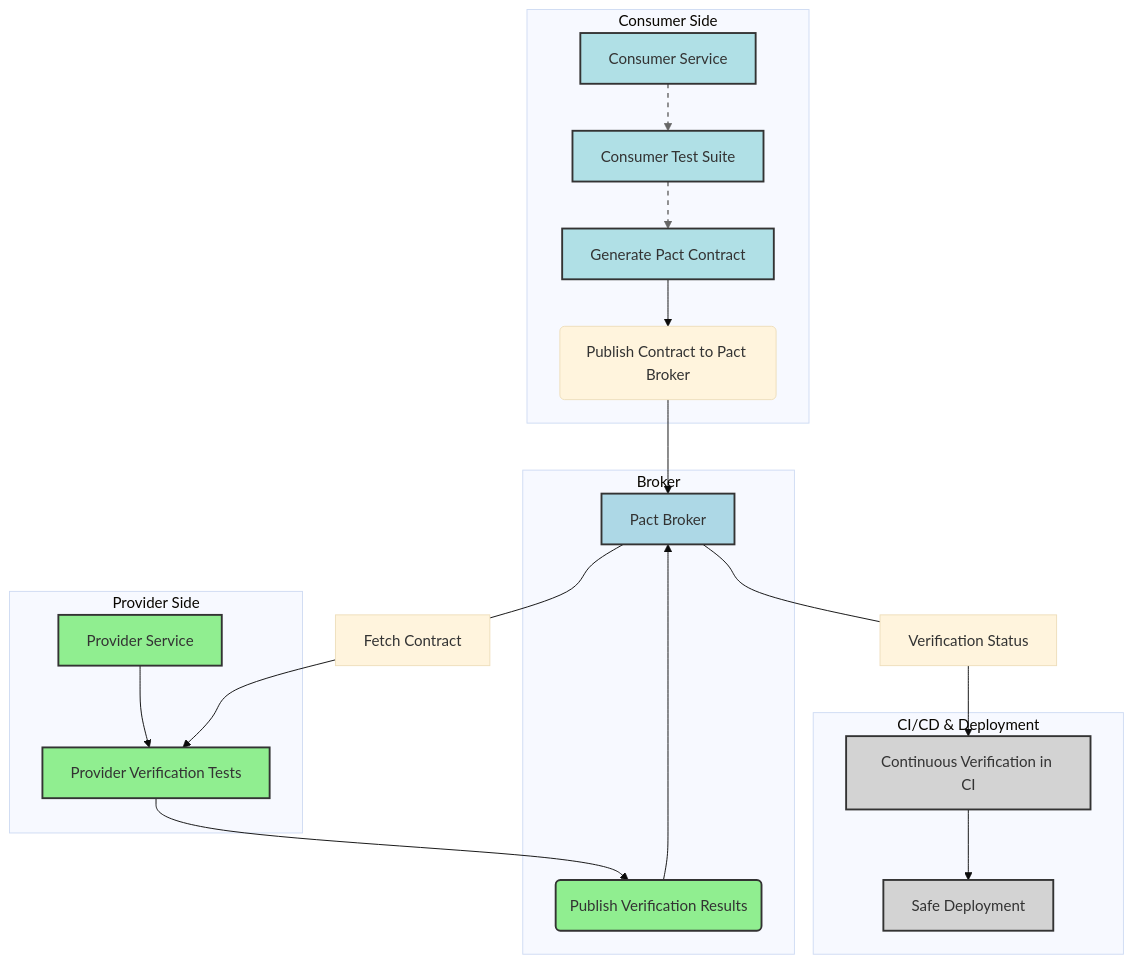
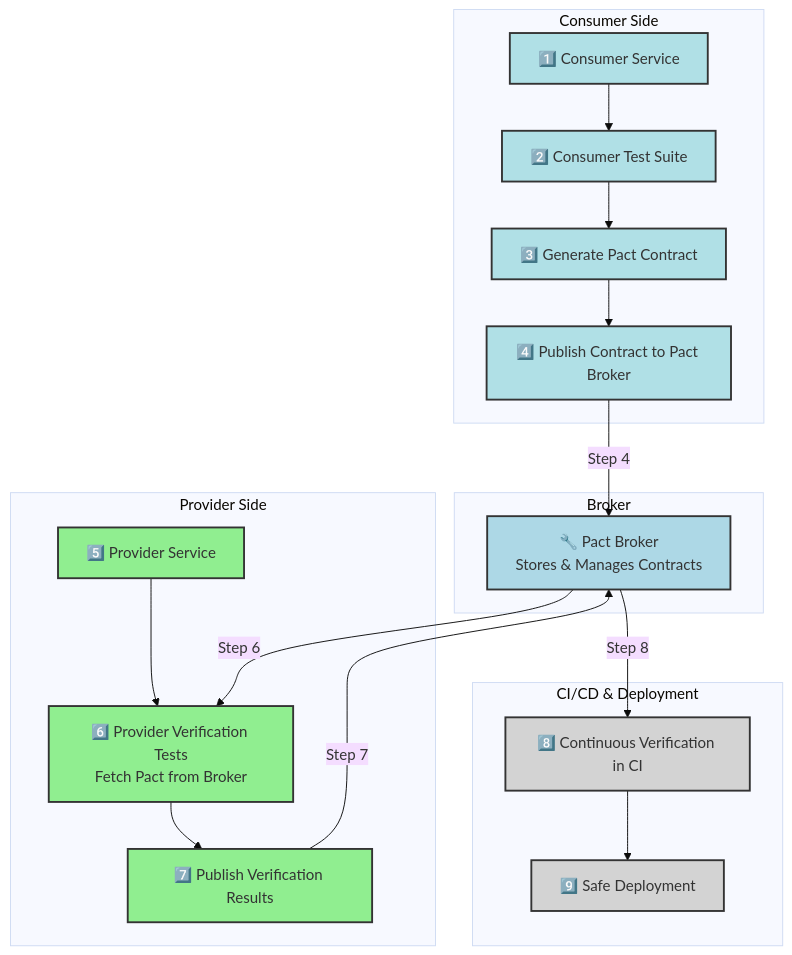
One commit to PankajBhanushali/Contract-Testing changed the diagram in pact-contract-testing/Pact-Flow.mermaid. Above: the diagram before and after it, drawn with Mermaid (base theme).

Commit message:
Add numbered flow steps to Pact-Flow.mermaid diagram for clarity

```diff
--- a/pact-contract-testing/Pact-Flow.mermaid
+++ b/pact-contract-testing/Pact-Flow.mermaid
@@ -1,61 +1,55 @@
 graph TD
     subgraph Consumer Side
-        CS[Consumer Service] --> CT[Consumer Test Suite]
-        CT --> GCP[Generate Pact Contract]
-        GCP --> PCPB(Publish Contract to Pact Broker)
+        CS["1️⃣ Consumer Service"] --> CT["2️⃣ Consumer Test Suite"]
+        CT --> GCP["3️⃣ Generate Pact Contract"]
+        GCP --> PCPB["4️⃣ Publish Contract to Pact Broker"]
         style CS fill:#b0e0e6,stroke:#333,stroke-width:2px
         style CT fill:#b0e0e6,stroke:#333,stroke-width:2px
         style GCP fill:#b0e0e6,stroke:#333,stroke-width:2px
+        style PCPB fill:#b0e0e6,stroke:#333,stroke-width:2px
     end
 
     subgraph Broker
-        PCPB --> PB[Pact Broker]
-        PVR --> PB
+        PB["🔧 Pact Broker<br/>Stores & Manages Contracts"]
         style PB fill:#add8e6,stroke:#333,stroke-width:2px
     end
 
     subgraph Provider Side
-        PS[Provider Service] --> PVT[Provider Verification Tests]
-        PVT --> PVR(Publish Verification Results)
+        PS["5️⃣ Provider Service"] --> PVT["6️⃣ Provider Verification Tests<br/>Fetch Pact from Broker"]
+        PVT --> PVR["7️⃣ Publish Verification Results"]
         style PS fill:#90ee90,stroke:#333,stroke-width:2px
         style PVT fill:#90ee90,stroke:#333,stroke-width:2px
         style PVR fill:#90ee90,stroke:#333,stroke-width:2px
     end
 
     subgraph CI/CD & Deployment
-        CVCI[Continuous Verification in CI] --> SD[Safe Deployment]
+        CVCI["8️⃣ Continuous Verification in CI"] --> SD["9️⃣ Safe Deployment"]
         style CVCI fill:#d3d3d3,stroke:#333,stroke-width:2px
         style SD fill:#d3d3d3,stroke:#333,stroke-width:2px
     end
 
-    PB --- ConsumerToProviderFlow[Fetch Contract] --> PVT
-    PB --- ProviderToConsumerFlow[Verification Status] --> CVCI
-
-    linkStyle 0 stroke:#666,stroke-width:1.5px,fill:none,stroke-dasharray: 5 5;
-    linkStyle 1 stroke:#666,stroke-width:1.5px,fill:none,stroke-dasharray: 5 5;
+    PCPB -->|"Step 4"| PB
+    PB -->|"Step 6"| PVT
+    PVR -->|"Step 7"| PB
+    PB -->|"Step 8"| CVCI
 
     classDef ConsumerClass fill:#e0f7fa,stroke:#00796b,stroke-width:2px;
     classDef ProviderClass fill:#e8f5e9,stroke:#33691e,stroke-width:2px;
     classDef BrokerClass fill:#e1f5fe,stroke:#2196f3,stroke-width:2px;
     classDef CIDeployClass fill:#eceff1,stroke:#455a64,stroke-width:2px;
 
-    class CS ConsumerClass
-    class CT ConsumerClass
-    class GCP ConsumerClass
+    class CS,CT,GCP,PCPB ConsumerClass
+    class PS,PVT,PVR ProviderClass
+    class PB BrokerClass
+    class CVCI,SD CIDeployClass
 
-    class PS ProviderClass
-    class PVT ProviderClass
-    class PVR ProviderClass
-
-    class PB BrokerClass
-
-    class CVCI CIDeployClass
-    class SD CIDeployClass
-
-    %% CS: The service that calls another service
-    %% CT: Defines expectations (request + response) for the provider
-    %% GCP: Pact file (pact.json) is produced from consumer tests
-    %% PCPB: Broker stores contracts and version history
-    %% PS: The service that receives the request
-    %% PVT: Provider fetches Pact file from broker and verifies against it
-    %% PVR: Provider publishes verification results back to broker
+    %% FLOW ORDER:
+    %% 1. Consumer Service starts
+    %% 2. Consumer Test Suite runs and defines expectations
+    %% 3. Generate Pact Contract from test expectations
+    %% 4. Publish Contract to Pact Broker
+    %% 5. Provider Service listens for requests
+    %% 6. Provider Verification Tests fetch Pact from Broker
+    %% 7. Provider publishes verification results
+    %% 8. CI/CD Pipeline runs continuous verification
+    %% 9. Safe Deployment if all verifications pass
```
